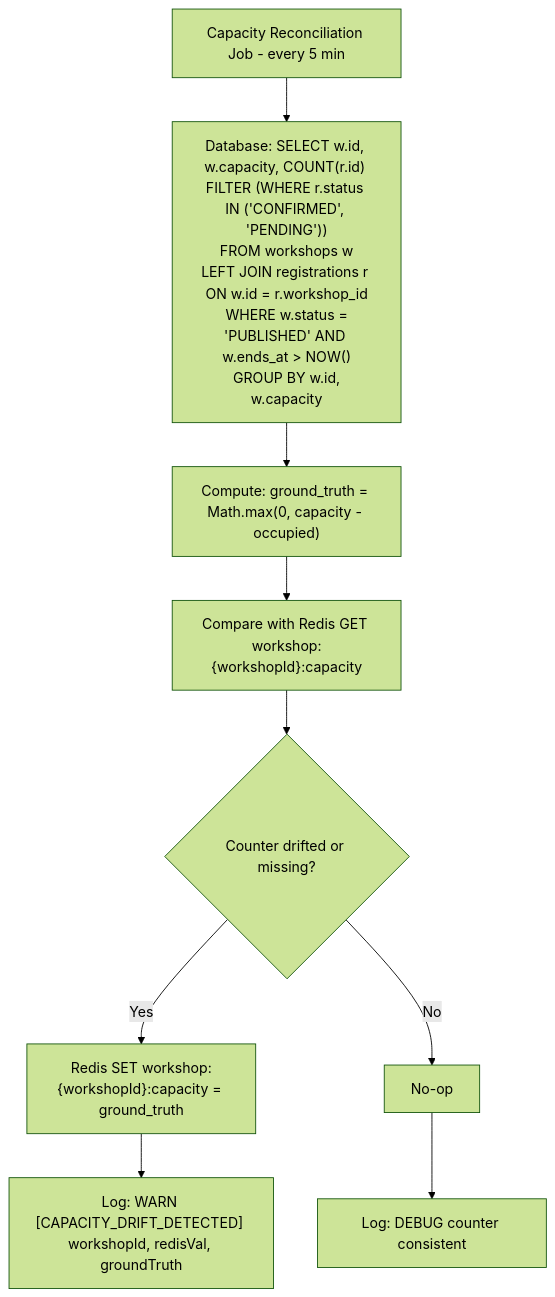
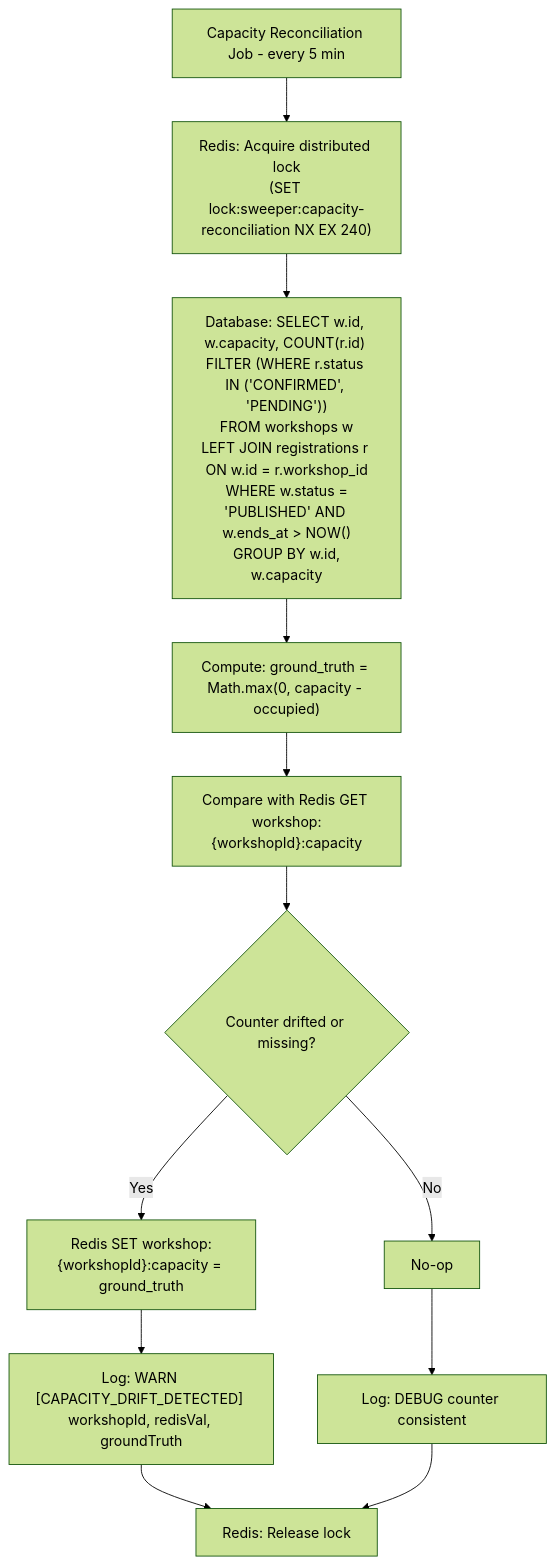
Before and after one commit to phatnguyen975/unihub-workshop: diagram 13 of 14 in docs/system-design.md, drawn with Mermaid (forest theme). The commit also changed other lines of this file and 3 other files, not shown here.

````diff
--- a/docs/system-design.md
+++ b/docs/system-design.md
@@ -1209,11 +1210,14 @@
 ```mermaid
 flowchart TD
-  Cron["Capacity Reconciliation Job - every 5 min"] --> Query["Database: SELECT w.id, w.capacity, COUNT(r.id) FILTER (WHERE r.status IN ('CONFIRMED', 'PENDING'))\n FROM workshops w LEFT JOIN registrations r ON w.id = r.workshop_id\n WHERE w.status = 'PUBLISHED' AND w.ends_at > NOW()\n GROUP BY w.id, w.capacity"]
+  Cron["Capacity Reconciliation Job - every 5 min"] --> Lock["Redis: Acquire distributed lock\n(SET lock:sweeper:capacity-reconciliation NX EX 240)"]
+  Lock --> Query["Database: SELECT w.id, w.capacity, COUNT(r.id) FILTER (WHERE r.status IN ('CONFIRMED', 'PENDING'))\n FROM workshops w LEFT JOIN registrations r ON w.id = r.workshop_id\n WHERE w.status = 'PUBLISHED' AND w.ends_at > NOW()\n GROUP BY w.id, w.capacity"]
   Query --> Compute["Compute: ground_truth = Math.max(0, capacity - occupied)"]
   Compute --> Compare["Compare with Redis GET workshop:{workshopId}:capacity"]
   Compare --> Drift{"Counter drifted or missing?"}
   Drift -->|Yes| Reset["Redis SET workshop:{workshopId}:capacity = ground_truth"]
   Drift -->|No| Skip[No-op]
   Reset --> Log["Log: WARN [CAPACITY_DRIFT_DETECTED] workshopId, redisVal, groundTruth"]
   Skip --> Log2["Log: DEBUG counter consistent"]
+  Log --> Release["Redis: Release lock"]
+  Log2 --> Release
 ```
````
